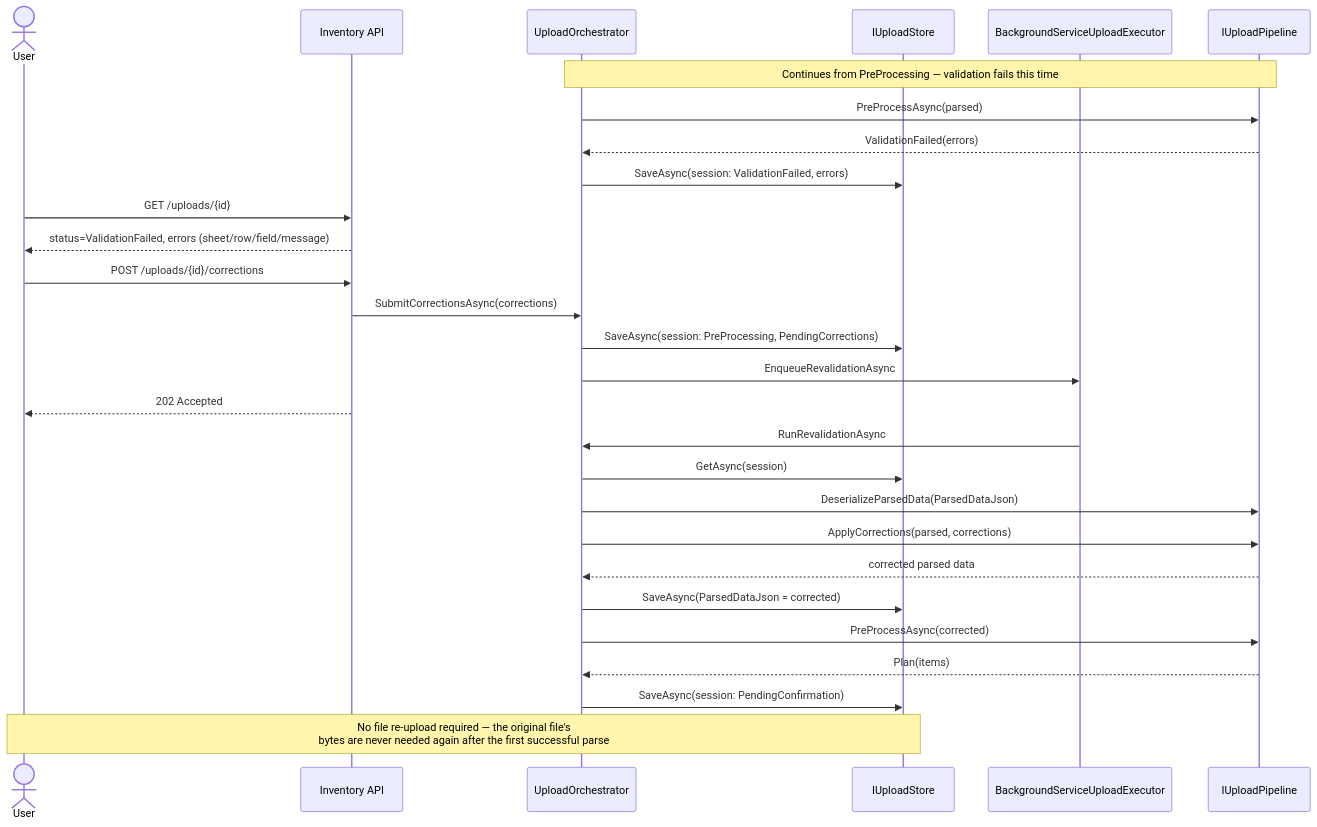
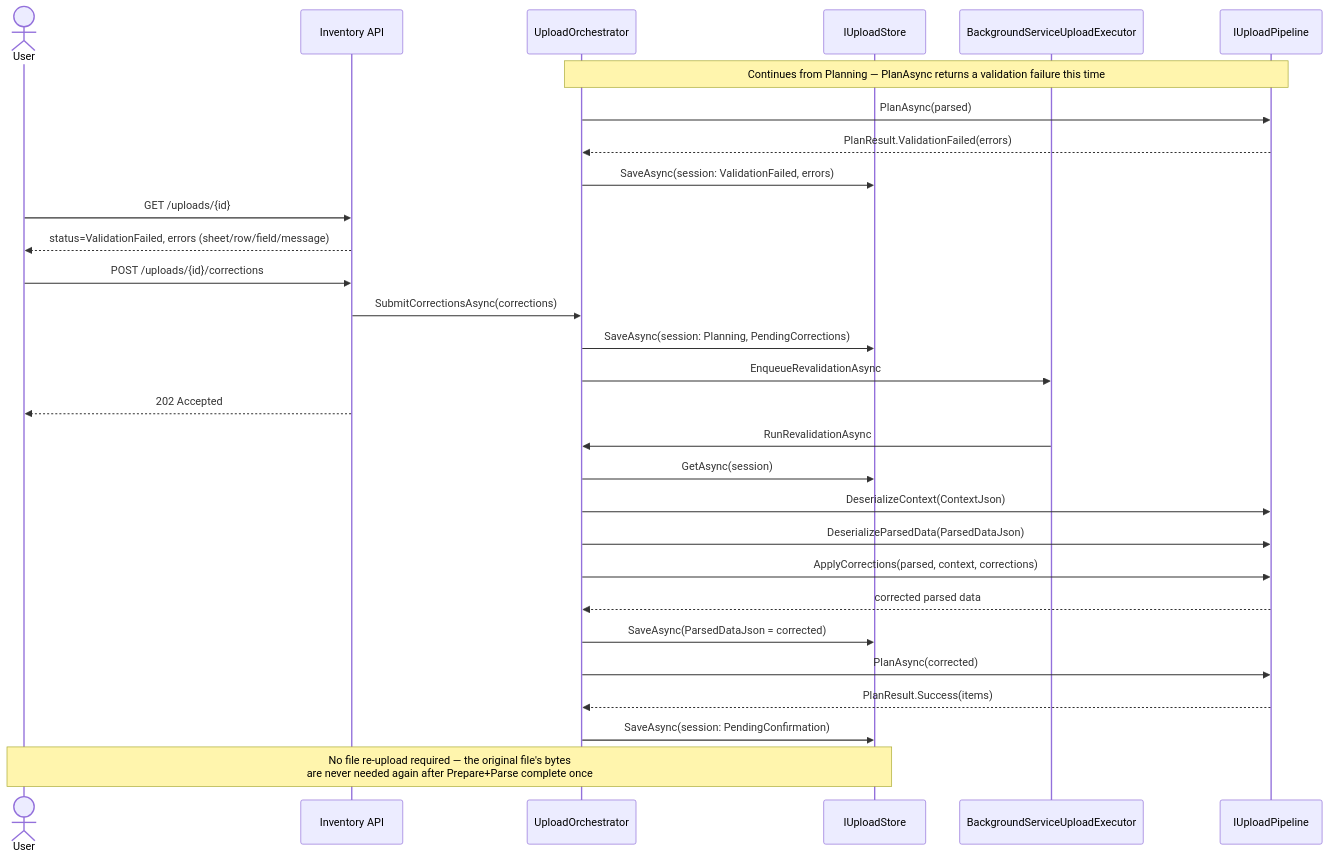
Before and after one commit to jjuradon/space-broker: the second of 3 diagrams in poc/upload.engine/docs/sequence-diagrams.md, drawn with Mermaid. The commit also changed other lines of this file and 46 other files, not shown here.

````diff
--- a/poc/upload.engine/docs/sequence-diagrams.md
+++ b/poc/upload.engine/docs/sequence-diagrams.md
@@ -71,36 +62,37 @@
 ```mermaid
 sequenceDiagram
     actor User
     participant API as Inventory API
     participant Orch as UploadOrchestrator
     participant Store as IUploadStore
     participant Exec as BackgroundServiceUploadExecutor
     participant Pipe as IUploadPipeline
 
-    Note over Orch,Pipe: Continues from PreProcessing — validation fails this time
+    Note over Orch,Pipe: Continues from Planning — PlanAsync returns a validation failure this time
 
-    Orch->>Pipe: PreProcessAsync(parsed)
-    Pipe-->>Orch: ValidationFailed(errors)
+    Orch->>Pipe: PlanAsync(parsed)
+    Pipe-->>Orch: PlanResult.ValidationFailed(errors)
     Orch->>Store: SaveAsync(session: ValidationFailed, errors)
 
     User->>API: GET /uploads/{id}
     API-->>User: status=ValidationFailed, errors (sheet/row/field/message)
 
     User->>API: POST /uploads/{id}/corrections
     API->>Orch: SubmitCorrectionsAsync(corrections)
-    Orch->>Store: SaveAsync(session: PreProcessing, PendingCorrections)
+    Orch->>Store: SaveAsync(session: Planning, PendingCorrections)
     Orch->>Exec: EnqueueRevalidationAsync
     API-->>User: 202 Accepted
 
     Exec->>Orch: RunRevalidationAsync
     Orch->>Store: GetAsync(session)
+    Orch->>Pipe: DeserializeContext(ContextJson)
     Orch->>Pipe: DeserializeParsedData(ParsedDataJson)
-    Orch->>Pipe: ApplyCorrections(parsed, corrections)
+    Orch->>Pipe: ApplyCorrections(parsed, context, corrections)
     Pipe-->>Orch: corrected parsed data
     Orch->>Store: SaveAsync(ParsedDataJson = corrected)
-    Orch->>Pipe: PreProcessAsync(corrected)
-    Pipe-->>Orch: Plan(items)
+    Orch->>Pipe: PlanAsync(corrected)
+    Pipe-->>Orch: PlanResult.Success(items)
     Orch->>Store: SaveAsync(session: PendingConfirmation)
 
-    Note over User,Store: No file re-upload required — the original file's<br/>bytes are never needed again after the first successful parse
+    Note over User,Store: No file re-upload required — the original file's bytes<br/>are never needed again after Prepare+Parse complete once
 ```
````
